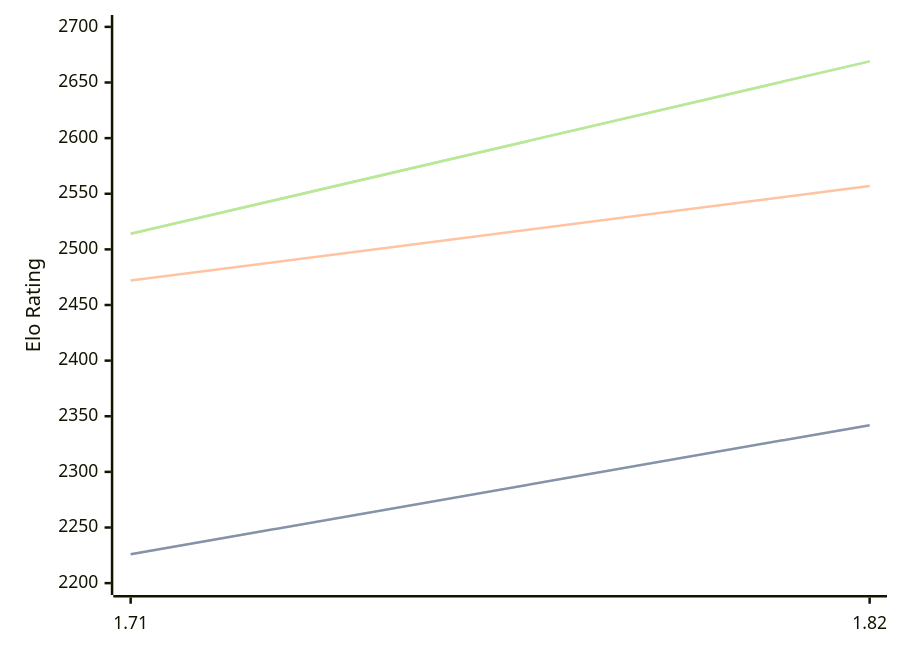
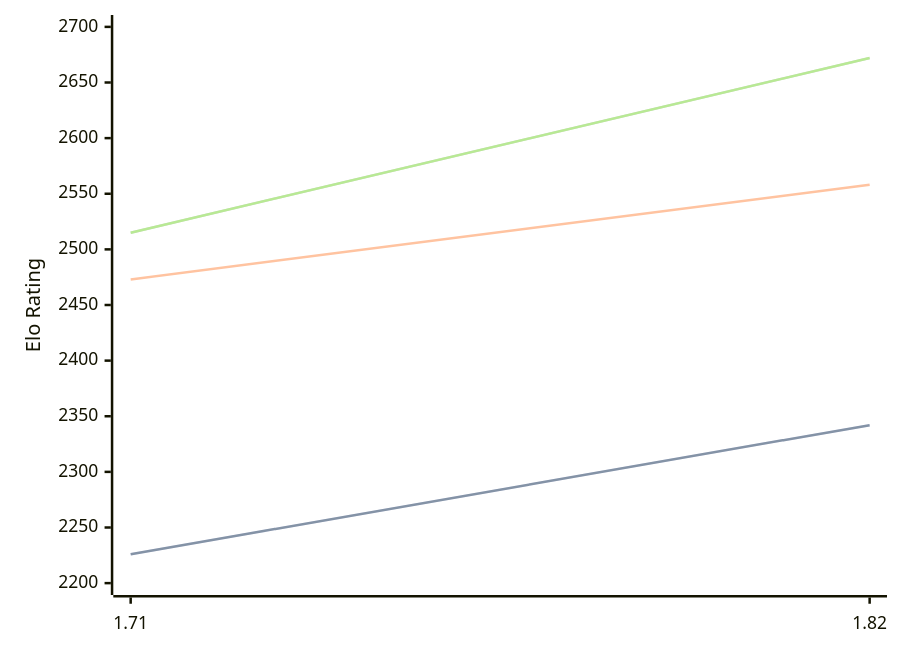
The diagram in engines/Amira.md (computer-chess-index/cci), drawn with Mermaid before and after one commit. The commit also changed other lines of this file, not shown here.

Commit message:
Update CCI Ratings (ELO VLTC) - 2026-04-19

````diff
--- a/engines/Amira.md
+++ b/engines/Amira.md
@@ -35,11 +35,11 @@
 ```mermaid
 %%{init: {"theme":"base","themeVariables":{"seriesColors:['#a3a3a3','#222221','#faa371']}}}%%
 xychart-beta
   x-axis ["1.71", "1.82"]
   y-axis "Elo Rating" 2200 --> 2700
   line "STC (8.0+0.08s)" [2226, 2342]
   line "STC (8.0+0.08s)" [2226, 2342]
-  line "LTC (60.0+0.60s)" [2472, 2557]
-  line "VLTC (2m24s+1.12s)" [2514, 2669]
-  line "VLTC (2m24s+1.12s)" [2514, 2669]
+  line "LTC (60.0+0.60s)" [2473, 2558]
+  line "VLTC (2m24s+1.12s)" [2515, 2672]
+  line "VLTC (2m24s+1.12s)" [2515, 2672]
 ```
````
